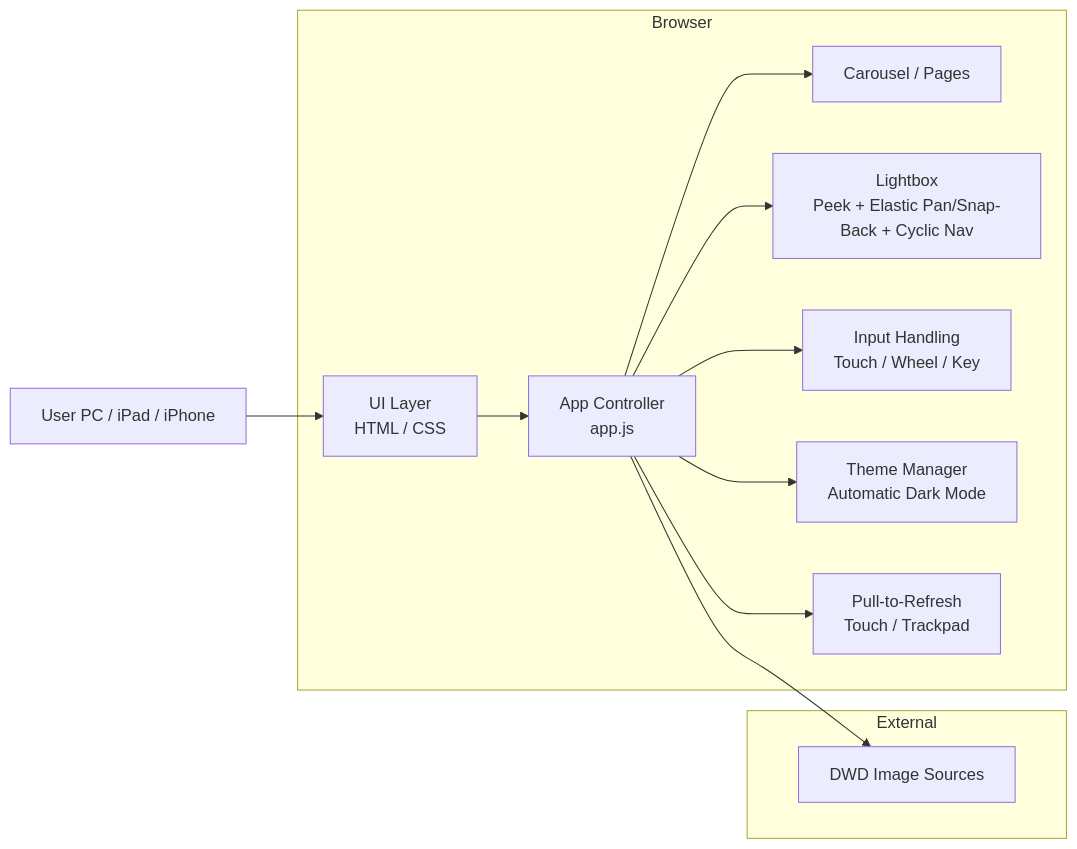
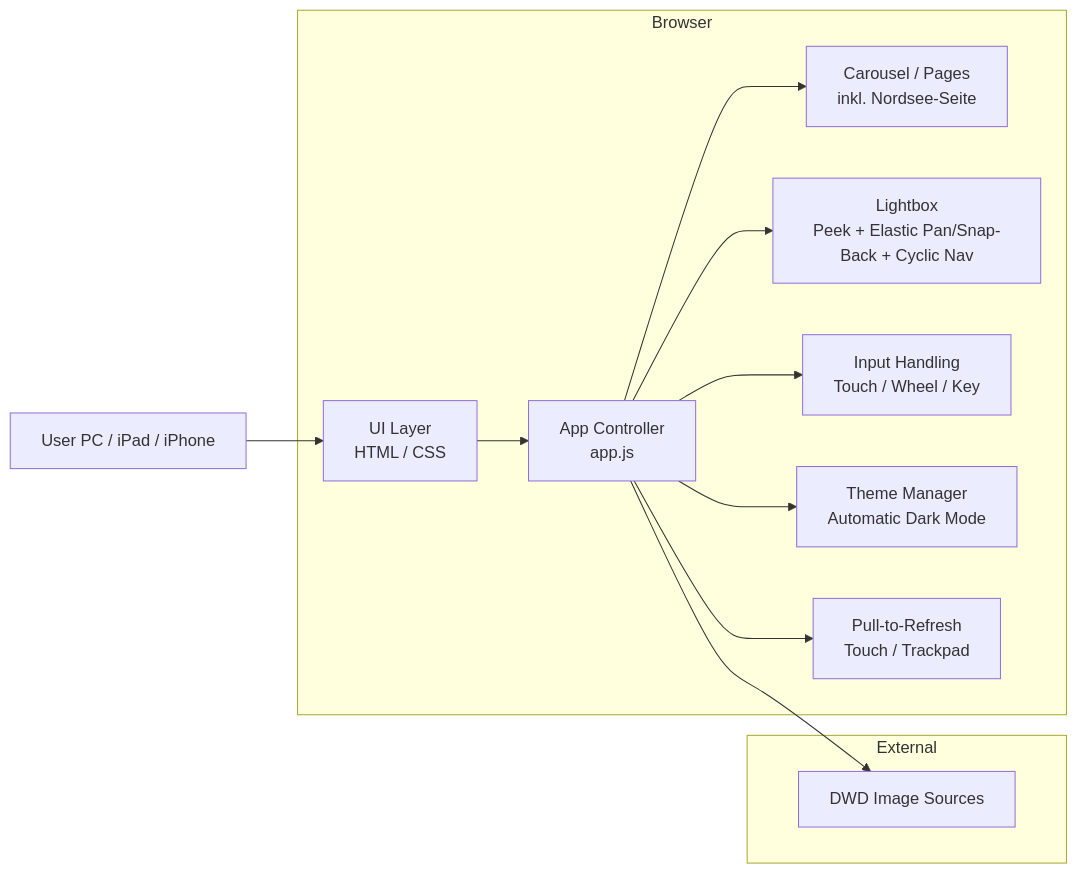
One commit to w465jt7pm9-cpu/dwd-dashboard changed the diagram in docs/Gesamtarchitektur.md. Above: the diagram before and after it, drawn with Mermaid. The commit also changed 5 other files, not shown here.

````diff
--- a/docs/Gesamtarchitektur.md
+++ b/docs/Gesamtarchitektur.md
@@ -3,24 +3,24 @@
 ```mermaid
 flowchart LR
   User[User PC / iPad / iPhone]
   subgraph Browser
     UI[UI Layer<br/>HTML / CSS]
     App[App Controller<br/>app.js]
-    Carousel[Carousel / Pages]
+    Carousel[Carousel / Pages<br/>inkl. Nordsee-Seite]
     Lightbox[Lightbox<br/>Peek + Elastic Pan/Snap-Back + Cyclic Nav]
     Gestures[Input Handling<br/>Touch / Wheel / Key]
     Theme[Theme Manager<br/>Automatic Dark Mode]
     Refresh[Pull-to-Refresh<br/>Touch / Trackpad]
   end
   subgraph External
     DWD[DWD Image Sources]
   end
   User --> UI
   UI --> App
   App --> Carousel
   App --> Lightbox
   App --> Gestures
   App --> Theme
   App --> Refresh
   App --> DWD
 ```
````
